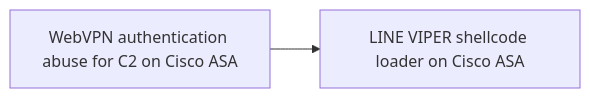
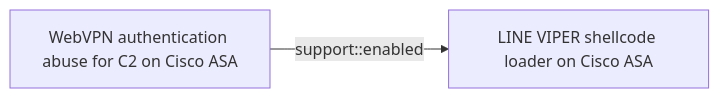
The first of 2 diagrams in docs/threats/webvpn-authentication-abuse-for-c2-on-cisco-asa.md (opentidehq/library), drawn with Mermaid before and after one commit. The commit also changed other lines of this file and 277 other files, not shown here.

````diff
--- a/docs/threats/webvpn-authentication-abuse-for-c2-on-cisco-asa.md
+++ b/docs/threats/webvpn-authentication-abuse-for-c2-on-cisco-asa.md
@@ -108,6 +143,6 @@
 ```mermaid
 flowchart LR
 fcc552fb_b4d1_4b47_b366_104ec4d806ef["WebVPN authentication abuse for C2 on Cisco ASA"]
 b6175f16_2b61_4116_bd97_de54b02b197e["LINE VIPER shellcode loader on Cisco ASA"]
-fcc552fb_b4d1_4b47_b366_104ec4d806ef --> b6175f16_2b61_4116_bd97_de54b02b197e
+fcc552fb_b4d1_4b47_b366_104ec4d806ef -->|support::enabled| b6175f16_2b61_4116_bd97_de54b02b197e
 ```
````
